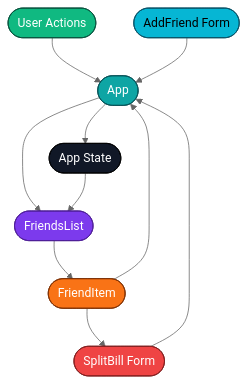
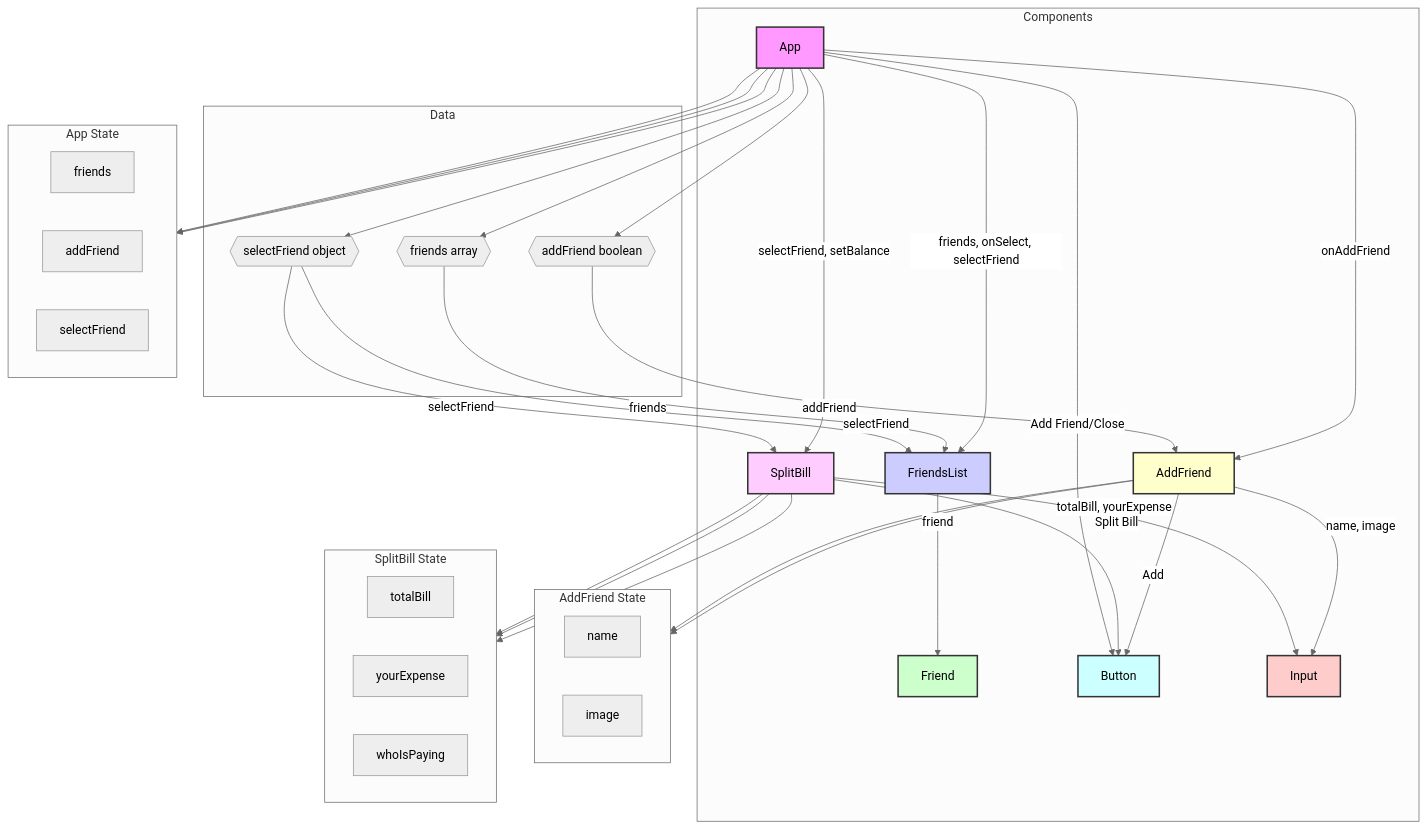
The diagram in eat-n-split/README.md (ShivamKr-Pandey/learning-react), drawn with Mermaid (neutral theme) before and after one commit. The commit also changed other lines of this file, not shown here.

Commit message:
Added DFD

````diff
--- a/eat-n-split/README.md
+++ b/eat-n-split/README.md
@@ -5,35 +3,74 @@
 ```mermaid
-flowchart TD
-	%% Nodes (components)
-	App([App]):::appStyle
-	FriendsList([FriendsList]):::listStyle
-	FriendItem([FriendItem]):::itemStyle
-	AddFriend([AddFriend Form]):::addStyle
-	SplitBill([SplitBill Form]):::splitStyle
+graph TD
+    subgraph "Components"
+        A[App]
+        B[FriendsList]
+        C[Friend]
+        D[AddFriend]
+        E[SplitBill]
+        F[Button]
+        G[Input]
+    end
 
-	%% Data stores / Actions
-	StateStore([App State]):::stateStyle
-	UI([User Actions]):::uiStyle
+    subgraph "Data"
+        DS1{{friends array}}
+        DS2{{addFriend boolean}}
+        DS3{{selectFriend object}}
+    end
 
-	%% Flows
-	UI --> App
-	App --> FriendsList
-	FriendsList --> FriendItem
-	FriendItem --> SplitBill
-	FriendItem --> App
-	AddFriend --> App
-	SplitBill --> App
-	App --> StateStore
-	StateStore --> FriendsList
+    style A fill:#f9f,stroke:#333,stroke-width:2px,color:#000
+    style B fill:#ccf,stroke:#333,stroke-width:2px,color:#000
+    style C fill:#cfc,stroke:#333,stroke-width:2px,color:#000
+    style D fill:#ffc,stroke:#333,stroke-width:2px,color:#000
+    style E fill:#fcf,stroke:#333,stroke-width:2px,color:#000
+    style F fill:#cff,stroke:#333,stroke-width:2px,color:#000
+    style G fill:#fcc,stroke:#333,stroke-width:2px,color:#000
 
-	%% Styling: distinct background colors and readable text
-	classDef appStyle fill:#0ea5a4,stroke:#044e54,color:#ffffff,stroke-width:1px;
-	classDef listStyle fill:#7c3aed,stroke:#4c1d95,color:#ffffff,stroke-width:1px;
-	classDef itemStyle fill:#f97316,stroke:#7c2d00,color:#ffffff,stroke-width:1px;
-	classDef addStyle fill:#06b6d4,stroke:#064e63,color:#000000,stroke-width:1px;
-	classDef splitStyle fill:#ef4444,stroke:#7f1d1d,color:#ffffff,stroke-width:1px;
-	classDef stateStyle fill:#111827,stroke:#000000,color:#ffffff,stroke-width:1px;
-	classDef uiStyle fill:#10b981,stroke:#064e3b,color:#ffffff,stroke-width:1px;
+    A -- "friends, onSelect, selectFriend" --> B
+    B -- "friend" --> C
+    A -- "onAddFriend" --> D
+    A -- "selectFriend, setBalance" --> E
+    D -- "name, image" --> G
+    E -- "totalBill, yourExpense" --> G
+    D -- "Add" --> F
+    E -- "Split Bill" --> F
+    A -- "Add Friend/Close" --> F
 
-	%% Make arrows thicker/visible (Mermaid doesn't support arrow styling per-edge reliably in all renderers, but stroke-width on nodes helps)
+    A --> DS1
+    A --> DS2
+    A --> DS3
+
+    DS1 -- "friends" --> B
+    DS2 -- "addFriend" --> D
+    DS3 -- "selectFriend" --> E
+    DS3 -- "selectFriend" --> B
+
+    subgraph "App State"
+        direction LR
+        A_state1[friends]
+        A_state2[addFriend]
+        A_state3[selectFriend]
+    end
+
+    subgraph "AddFriend State"
+        direction LR
+        D_state1[name]
+        D_state2[image]
+    end
+
+    subgraph "SplitBill State"
+        direction LR
+        E_state1[totalBill]
+        E_state2[yourExpense]
+        E_state3[whoIsPaying]
+    end
+
+    A --> A_state1
+    A --> A_state2
+    A --> A_state3
+    D --> D_state1
+    D --> D_state2
+    E --> E_state1
+    E --> E_state2
+    E --> E_state3
 ```
````
